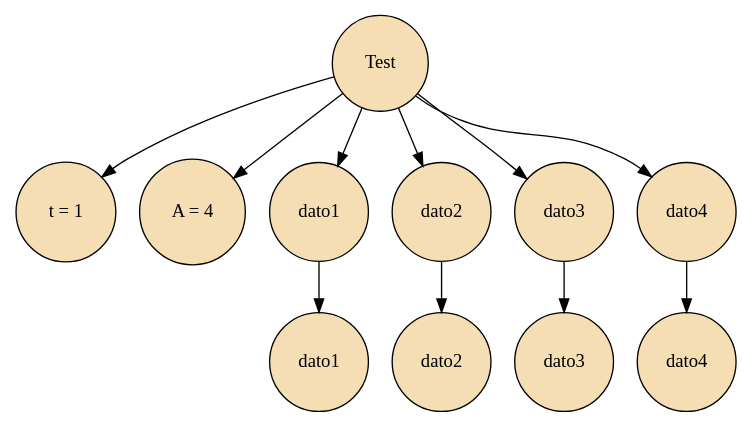
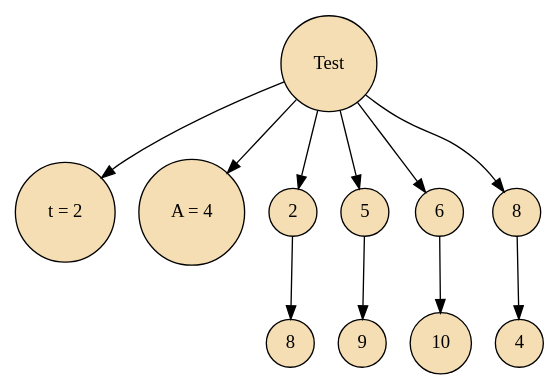
Before and after one commit to Luisalan16/IPC2_PROYECTO_1_202000549: the diagram in test.dot, drawn with Graphviz. The commit also changed 14 other files, not shown here.

```diff
--- a/test.dot
+++ b/test.dot
@@ -1,44 +1,44 @@
 digraph Matrix{
     node [shape=circle]
 
     # Nodo principal
     Mat[label="Test", style = filled, fillcolor = wheat, group = 1, width = 1];
 
     # Para que no se pierda el orden
     e0[shape= point, width = 0];
     e1[shape= point, width = 0];
 
 
     # Nodos para t y A
-    t[label="t = 1", style = filled, fillcolor = wheat, width = 0.25];
+    t[label="t = 2", style = filled, fillcolor = wheat, width = 0.25];
     A[label="A = 4", style = filled, fillcolor = wheat, width = 0.25];
 
     # Nodos para los datos
-    d1[label="dato1", style = filled, fillcolor = wheat];
-    d2[label="dato2", style = filled, fillcolor = wheat];
-    d3[label="dato3", style = filled, fillcolor = wheat];
-    d4[label="dato4", style = filled, fillcolor = wheat];
+    d1[label="2", style = filled, fillcolor = wheat];
+    d2[label="5", style = filled, fillcolor = wheat];
+    d3[label="6", style = filled, fillcolor = wheat];
+    d4[label="8", style = filled, fillcolor = wheat];
 
     # Otros nodos
-    dn[label="dato1", style = filled, fillcolor = wheat];
-    dn1[label="dato2", style = filled, fillcolor = wheat];
-    dn2[label="dato3", style = filled, fillcolor = wheat];
-    dn3[label="dato4", style = filled, fillcolor = wheat];
+    dn[label="8", style = filled, fillcolor = wheat];
+    dn1[label="9", style = filled, fillcolor = wheat];
+    dn2[label="10", style = filled, fillcolor = wheat];
+    dn3[label="4", style = filled, fillcolor = wheat];
 
     # Relaciones principales
     Mat -> t;
     Mat -> A;
 
     # Relaciones con los datos
     Mat -> d1;
     Mat -> d2;
     Mat -> d3;
     Mat -> d4;
 
     # Siguiendo con los datos
     d1 -> dn
     d2 -> dn1
     d3 -> dn2
     d4 -> dn3
 
 }
```
